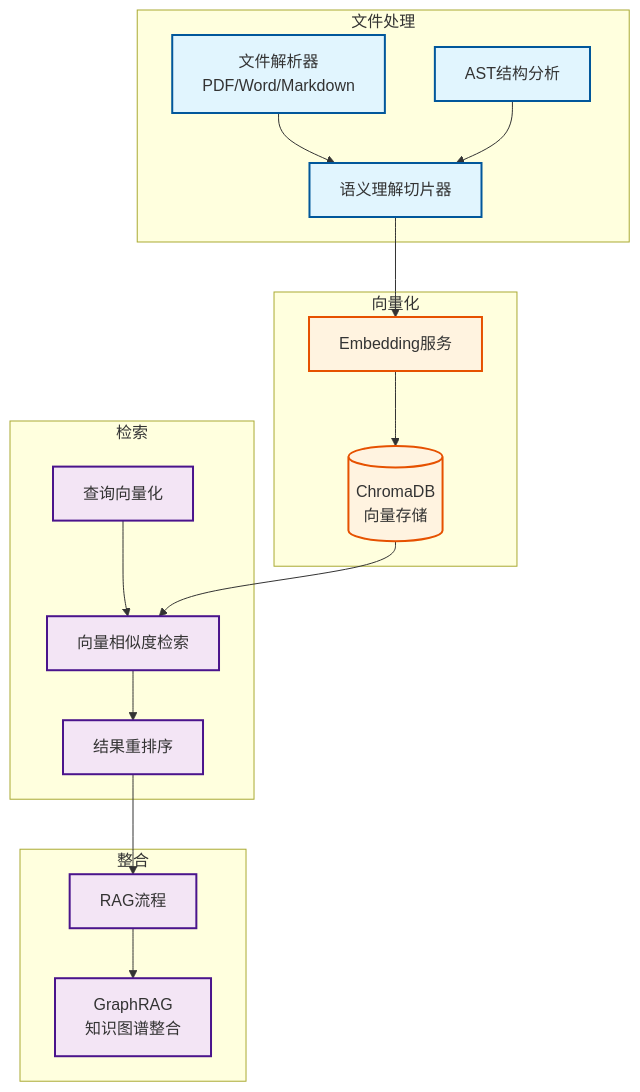
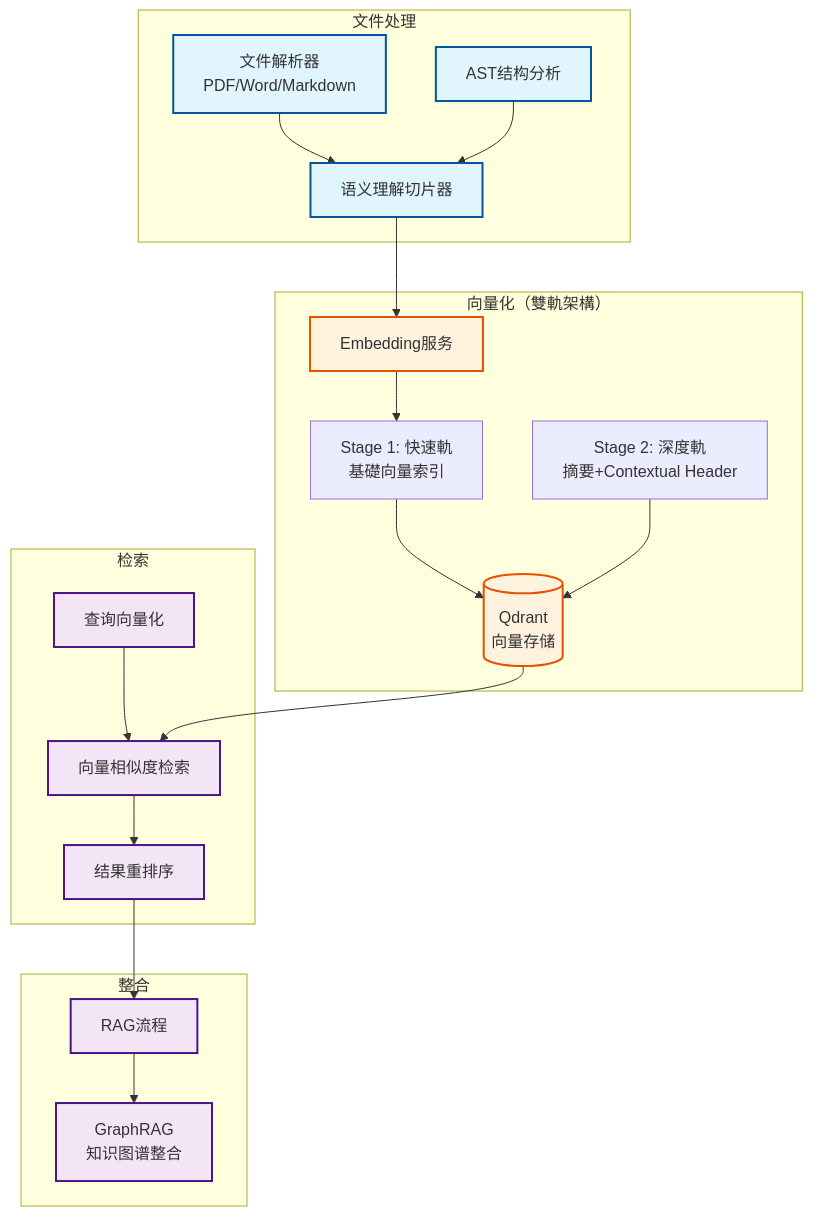
Before and after one commit to DanielChung520/AI-Box: the diagram in docs/系统设计文档/核心组件/文件上傳向量圖譜/强化RAG系统.md, drawn with Mermaid. The commit also changed other lines of this file and 431 other files, not shown here.

````diff
--- a/docs/系统设计文档/核心组件/文件上傳向量圖譜/强化RAG系统.md
+++ b/docs/系统设计文档/核心组件/文件上傳向量圖譜/强化RAG系统.md
@@ -35,42 +46,46 @@
 ```mermaid
 graph TB
     subgraph FileProcessing["文件处理"]
         Parser[文件解析器<br/>PDF/Word/Markdown]
         Chunker[语义理解切片器]
         AST[AST结构分析]
     end
 
-    subgraph Embedding["向量化"]
+    subgraph Embedding["向量化（雙軌架構）"]
         EmbeddingService[Embedding服务]
-        VectorDB[(ChromaDB<br/>向量存储)]
+        Stage1[Stage 1: 快速軌<br/>基礎向量索引]
+        Stage2[Stage 2: 深度軌<br/>摘要+Contextual Header]
+        VectorDB[(Qdrant<br/>向量存储)]
     end
 
     subgraph Retrieval["检索"]
         QueryEmbed[查询向量化]
         VectorSearch[向量相似度检索]
         Rerank[结果重排序]
     end
 
     subgraph Integration["整合"]
         RAG[RAG流程]
         GraphRAG[GraphRAG<br/>知识图谱整合]
     end
 
     Parser --> Chunker
     AST --> Chunker
     Chunker --> EmbeddingService
-    EmbeddingService --> VectorDB
+    EmbeddingService --> Stage1
+    Stage1 --> VectorDB
+    Stage2 --> VectorDB
     QueryEmbed --> VectorSearch
     VectorDB --> VectorSearch
     VectorSearch --> Rerank
     Rerank --> RAG
     RAG --> GraphRAG
 
     classDef processing fill:#e1f5fe,stroke:#01579b,stroke-width:2px
     classDef storage fill:#fff3e0,stroke:#e65100,stroke-width:2px
     classDef retrieval fill:#f3e5f5,stroke:#4a148c,stroke-width:2px
 
     class Parser,Chunker,AST processing
     class EmbeddingService,VectorDB storage
     class QueryEmbed,VectorSearch,Rerank,RAG,GraphRAG retrieval
 ```
````
